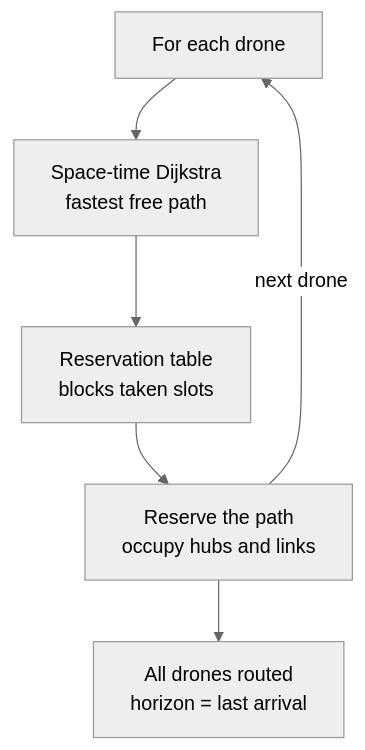
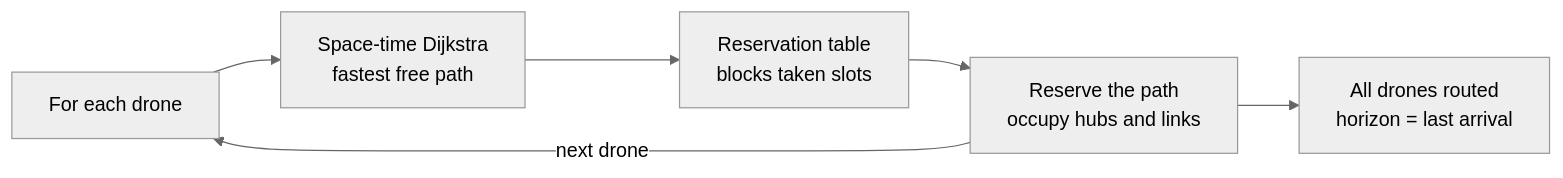
The diagram in README.md (jojo2956481/fly-in), drawn with Mermaid (neutral theme) before and after one commit. The commit also changed other lines of this file and 1 other file, not shown here.

````diff
--- a/README.md
+++ b/README.md
@@ -14,8 +14,8 @@
 ```mermaid
-flowchart TD
+flowchart LR
     A[For each drone] --> B[Space-time Dijkstra<br/>fastest free path]
     B --> C[Reservation table<br/>blocks taken slots]
     C --> D[Reserve the path<br/>occupy hubs and links]
     D -->|next drone| A
     D --> E[All drones routed<br/>horizon = last arrival]
 ```
````
